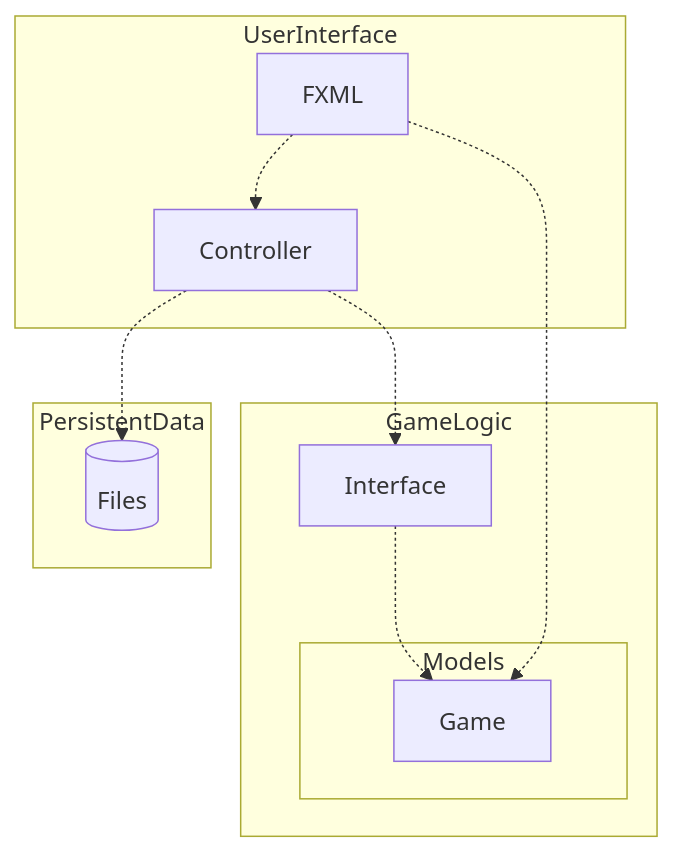
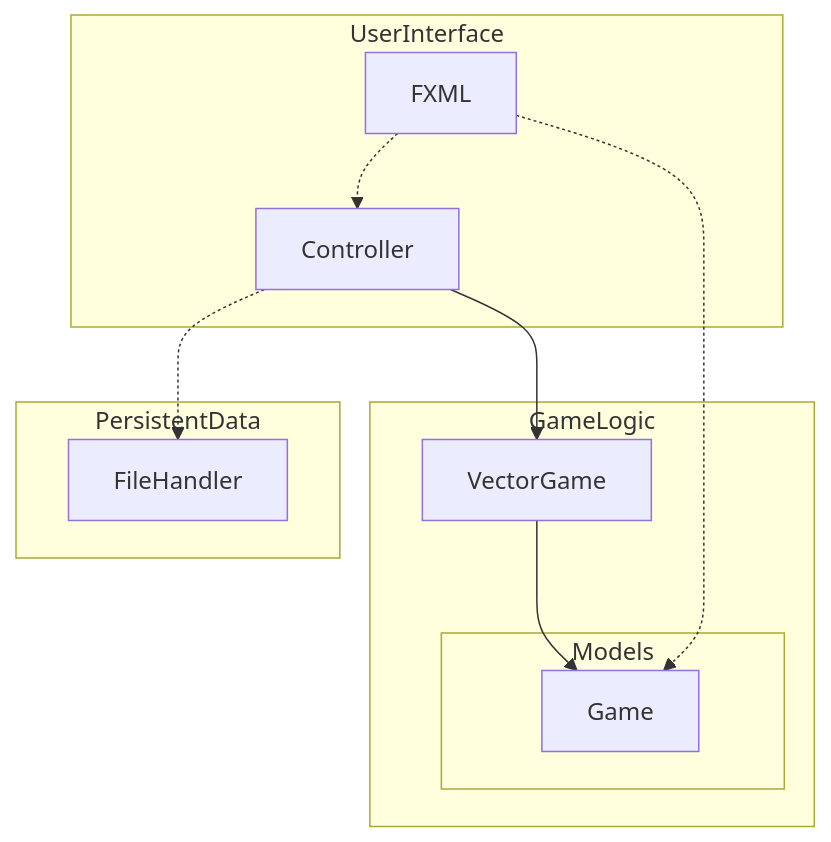
One commit to phibkro/connect4-javafx changed the diagram in README.md. Above: the diagram before and after it, drawn with Mermaid. The commit also changed other lines of this file, not shown here.

````diff
--- a/README.md
+++ b/README.md
@@ -65,24 +57,24 @@
 ```mermaid
 flowchart TB
   View-.->Controller
-  Controller-.->Interface
-  Interface -.-> Game
+  Controller-->Interface
+  Interface --> Game
   View -.-> Game
   Controller-.->Data
 
   subgraph UserInterface
     View[FXML]
     Controller
   end
 
   subgraph GameLogic
-    Interface
+    Interface[VectorGame]
     subgraph Models
       Game[Game]
     end
   end
 
-subgraph PersistentData
-  Data[(Files)]
-end
+  subgraph PersistentData
+    Data[FileHandler]
+  end
 ```
````
